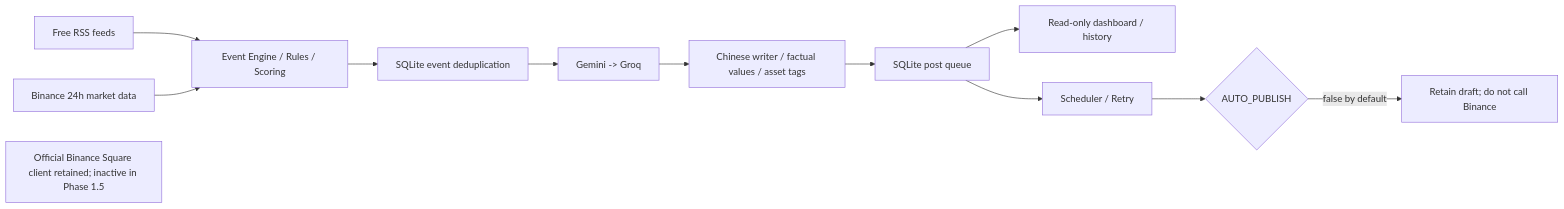
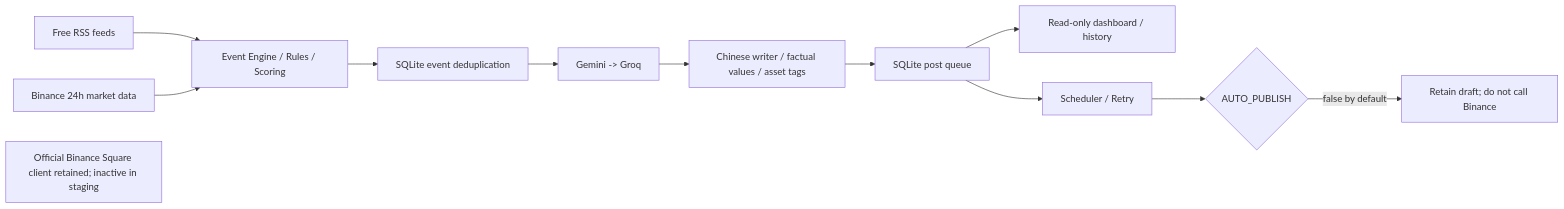
One commit to xingxinghuisi/binance-square-ai changed the diagram in README.md. Above: the diagram before and after it, drawn with Mermaid. The commit also changed other lines of this file and 20 other files, not shown here.

````diff
--- a/README.md
+++ b/README.md
@@ -131,14 +160,14 @@
 ```mermaid
 flowchart LR
     RSS[Free RSS feeds] --> E[Event Engine / Rules / Scoring]
     Market[Binance 24h market data] --> E
     E --> D[SQLite event deduplication]
     D --> AI[Gemini -> Groq]
     AI --> W[Chinese writer / factual values / asset tags]
     W --> Q[SQLite post queue]
     Q --> UI[Read-only dashboard / history]
     Q --> S[Scheduler / Retry]
     S --> Gate{AUTO_PUBLISH}
     Gate -->|false by default| Hold[Retain draft; do not call Binance]
-    Pub[Official Binance Square client retained; inactive in Phase 1.5]
+    Pub[Official Binance Square client retained; inactive in staging]
 ```
````
